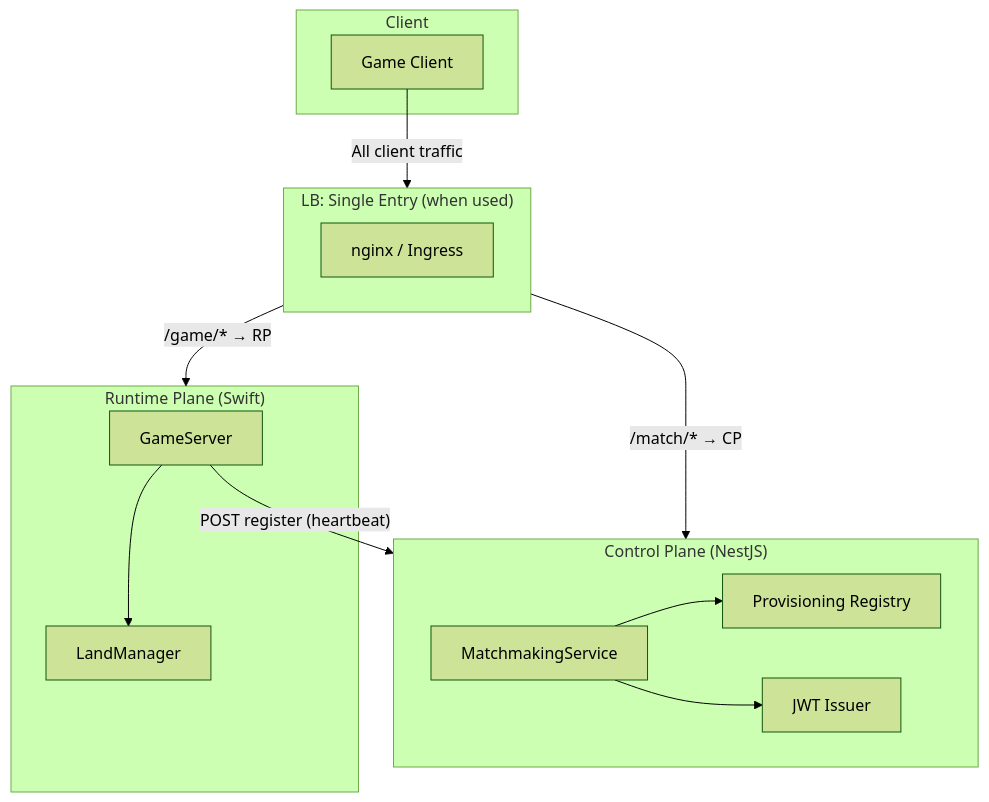
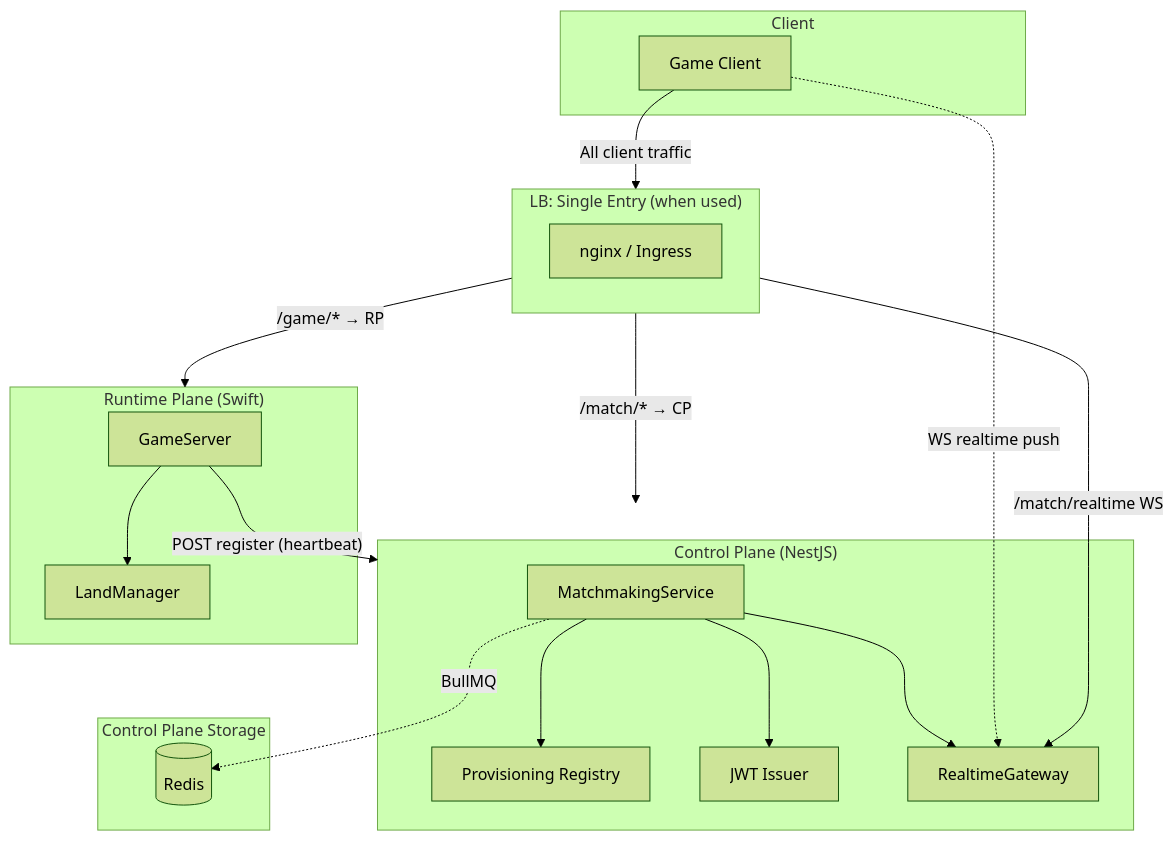
One commit to gmliao/swift-state-tree changed the first of 2 diagrams in docs/matchmaking-two-plane.md. Above: the diagram before and after it, drawn with Mermaid (forest theme). The commit also changed other lines of this file and 155 other files, not shown here.

First line of the commit message:
feat(control-plane): consolidate matchmaking, add node inbox e2e tests

````diff
--- a/docs/matchmaking-two-plane.md
+++ b/docs/matchmaking-two-plane.md
@@ -22,29 +22,38 @@
 ```mermaid
 flowchart TB
     subgraph Client["Client"]
         C[Game Client]
     end
 
     subgraph LB["LB: Single Entry (when used)"]
         N[nginx / Ingress]
     end
 
     subgraph CP["Control Plane (NestJS)"]
         M[MatchmakingService]
         P[Provisioning Registry]
         J[JWT Issuer]
+        R[RealtimeGateway]
         M --> P
         M --> J
+        M --> R
+    end
+
+    subgraph CP_Storage["Control Plane Storage"]
+        Redis[(Redis)]
+        M -.->|"BullMQ"| Redis
     end
 
     subgraph RP["Runtime Plane (Swift)"]
         G[GameServer]
         L[LandManager]
         G --> L
     end
 
     C -->|"All client traffic"| LB
     LB -->|"/match/* → CP"| CP
+    LB -->|"/match/realtime WS"| R
     LB -->|"/game/* → RP"| RP
     G -->|"POST register (heartbeat)"| CP
+    C -.->|"WS realtime push"| R
 ```
````
